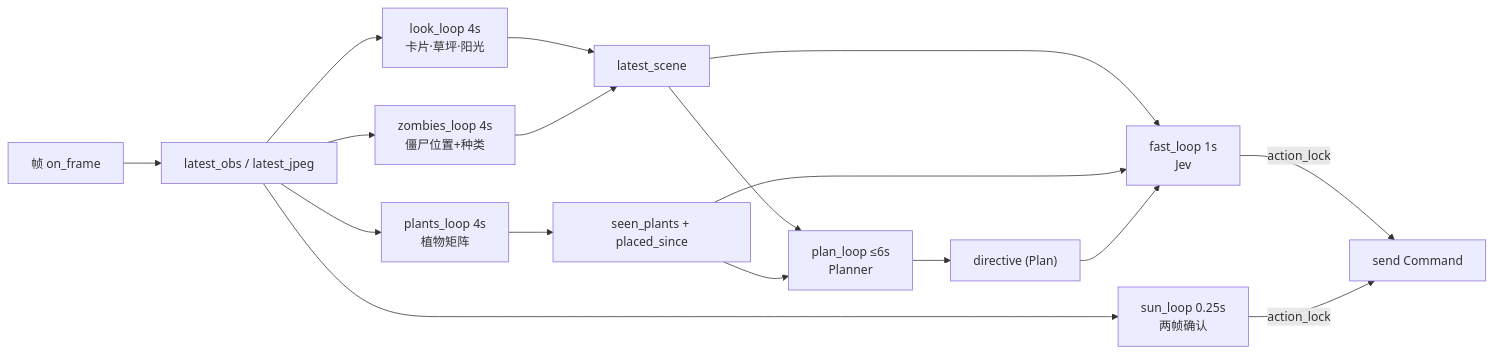
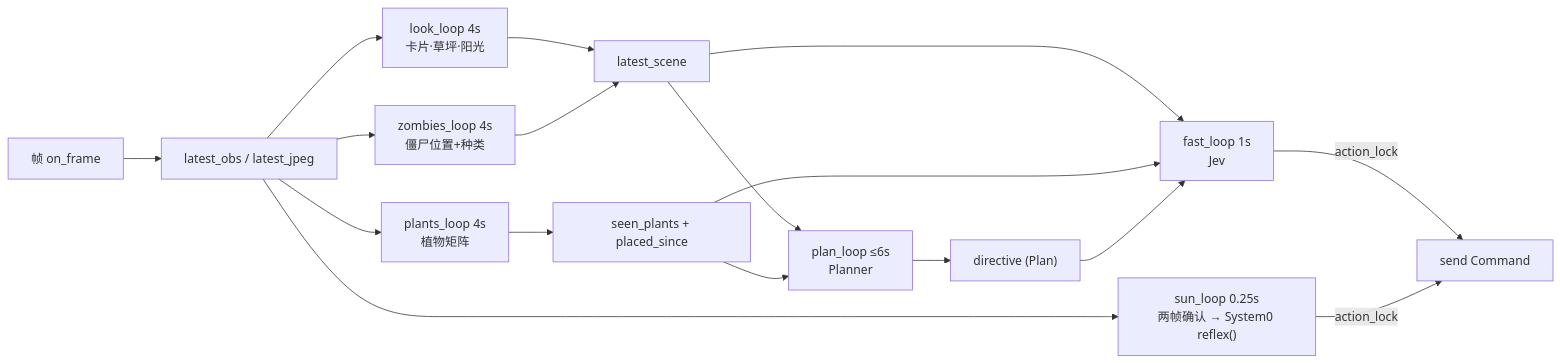
Before and after one commit to Fongkai289/pvz-harness: the third of 5 diagrams in docs/ARCHITECTURE.md, drawn with Mermaid. The commit also changed other lines of this file and 118 other files, not shown here.

````diff
--- a/docs/ARCHITECTURE.md
+++ b/docs/ARCHITECTURE.md
@@ -127,19 +131,19 @@
 ```mermaid
 flowchart LR
   F["帧 on_frame"] --> OBS["latest_obs / latest_jpeg"]
   OBS --> LOOK["look_loop 4s<br/>卡片·草坪·阳光"]
   OBS --> ZOM["zombies_loop 4s<br/>僵尸位置+种类"]
   OBS --> PL["plants_loop 4s<br/>植物矩阵"]
-  OBS --> SUN["sun_loop 0.25s<br/>两帧确认"]
+  OBS --> SUN["sun_loop 0.25s<br/>两帧确认 → System0 reflex()"]
   LOOK --> SCENE["latest_scene"]
   ZOM --> SCENE
   PL --> LAWN["seen_plants + placed_since"]
   SCENE --> PLAN["plan_loop ≤6s<br/>Planner"]
   LAWN --> PLAN
   PLAN --> DIR["directive (Plan)"]
   SCENE --> FAST["fast_loop 1s<br/>Jev"]
   LAWN --> FAST
   DIR --> FAST
   FAST -- "action_lock" --> SEND["send Command"]
   SUN -- "action_lock" --> SEND
 ```
````
